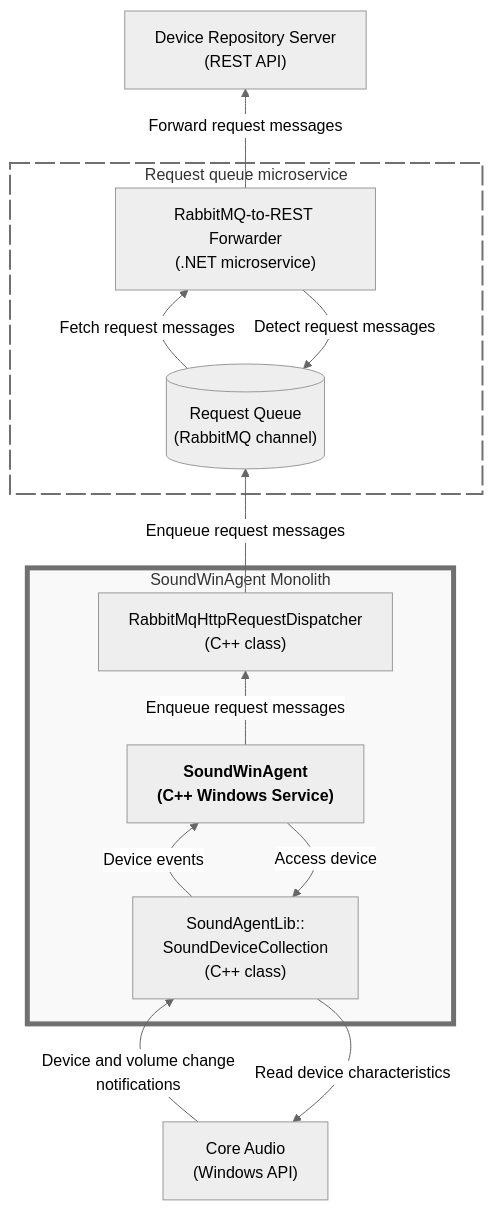
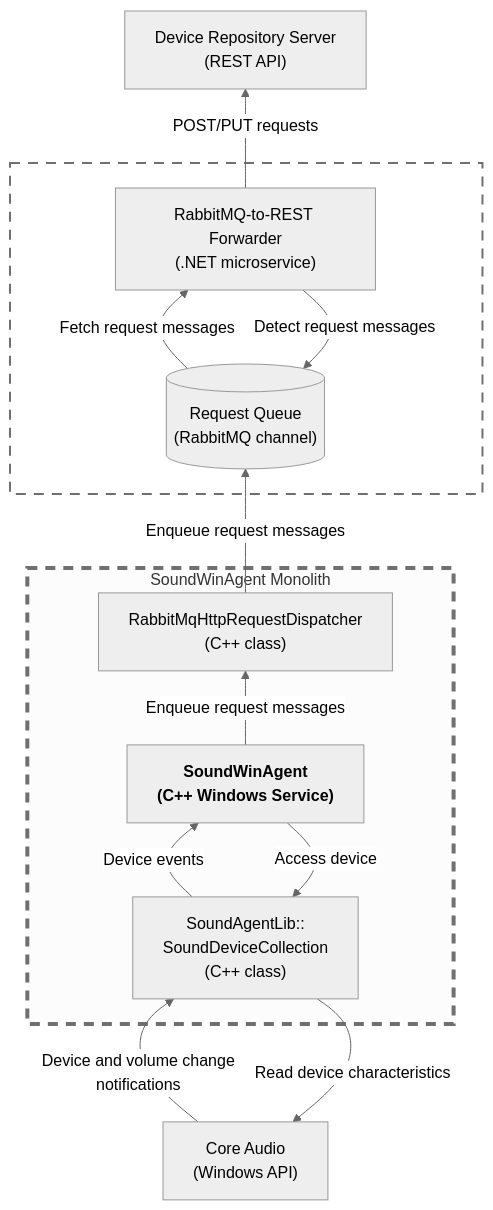
Before and after one commit to collect-sound-devices/win-sound-scanner-go: the diagram in docs/module-interaction02-pred01.mmd, drawn with Mermaid (neutral theme).

Commit message:
Refine class definitions and update flowchart labels

```diff
--- a/docs/module-interaction02-pred01.mmd
+++ b/docs/module-interaction02-pred01.mmd
@@ -1,37 +1,37 @@
 flowchart BT
 
-classDef dottedBox fill:transparent,fill-opacity:0.55, stroke-dasharray:20 5,stroke-width:2px;
-classDef stressedBox fill:#f0f0f0,fill-opacity:0.4,stroke-width:5px;
+classDef dottedBox fill:transparent, fill-opacity:0.55, stroke-dasharray:10 8, stroke-width:2px;
+classDef stressedBox fill:#f0f0f0, fill-opacity:0.2, stroke-dasharray:10 8, stroke-width:4px;
 
 coreAudioApi["Core Audio<br>(Windows API)"]
 
 subgraph soundWinAgentModule["SoundWinAgent Monolith"]
     soundDeviceCollection["SoundAgentLib::<br>SoundDeviceCollection<br>(C++ class)"]
     soundWinAgentService["<b>SoundWinAgent<br>(C++ Windows Service)</b>"]
     rabbitMqHttpRequestDispatcher["RabbitMqHttpRequestDispatcher<br>(C++ class)"]
 
     soundWinAgentService --> |Access device| soundDeviceCollection
     soundDeviceCollection --> |Device events| soundWinAgentService
 
     soundWinAgentService --> |Enqueue request messages| rabbitMqHttpRequestDispatcher
 end
 class soundWinAgentModule stressedBox
 
 coreAudioApi --> |Device and volume change<br>notifications| soundDeviceCollection
 soundDeviceCollection --> |Read device characteristics| coreAudioApi
 
-subgraph requestQueueMicroservice["Request queue microservice"]
+subgraph requestQueueMicroservice["<br>"]
     requestQueue[("Request Queue<br>(RabbitMQ channel)")]
     rabbitMqRestForwarder["RabbitMQ-to-REST Forwarder<br>(.NET microservice)"]
 end
 class requestQueueMicroservice dottedBox
 
 deviceRepositoryApi["Device Repository Server<br>(REST API)"]
 
 rabbitMqHttpRequestDispatcher --> |Enqueue request messages| requestQueue
 
 
 requestQueue --> |Fetch request messages| rabbitMqRestForwarder
 rabbitMqRestForwarder --> |Detect request messages| requestQueue
 
-rabbitMqRestForwarder --> |Forward request messages| deviceRepositoryApi
+rabbitMqRestForwarder --> |POST/PUT requests| deviceRepositoryApi
```
